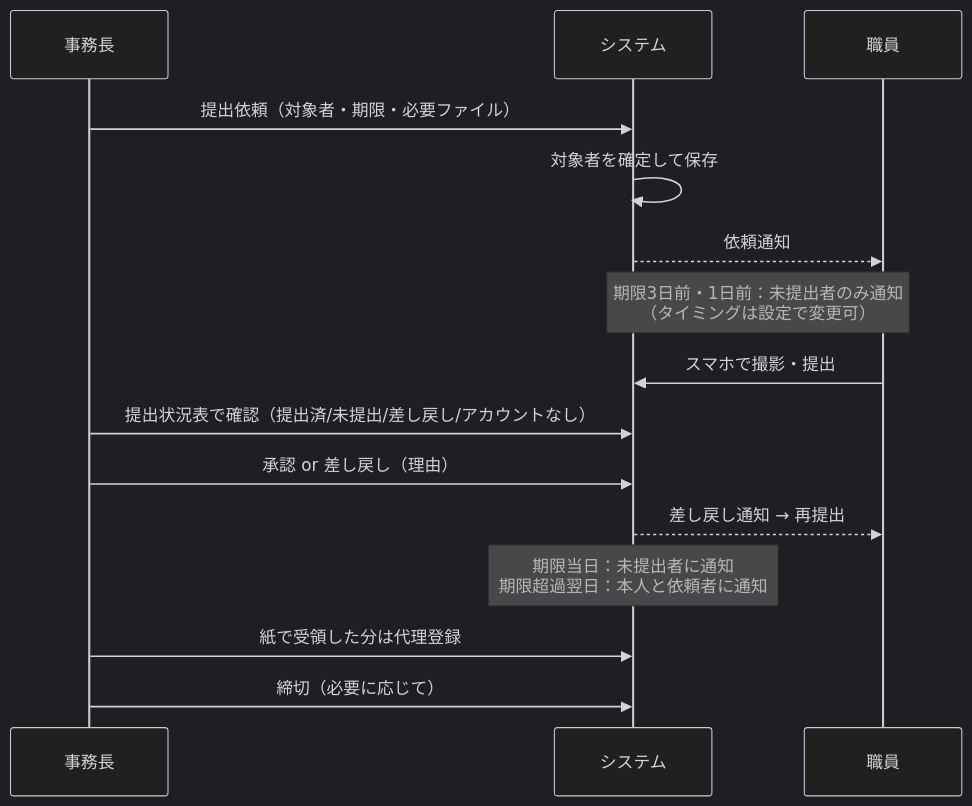
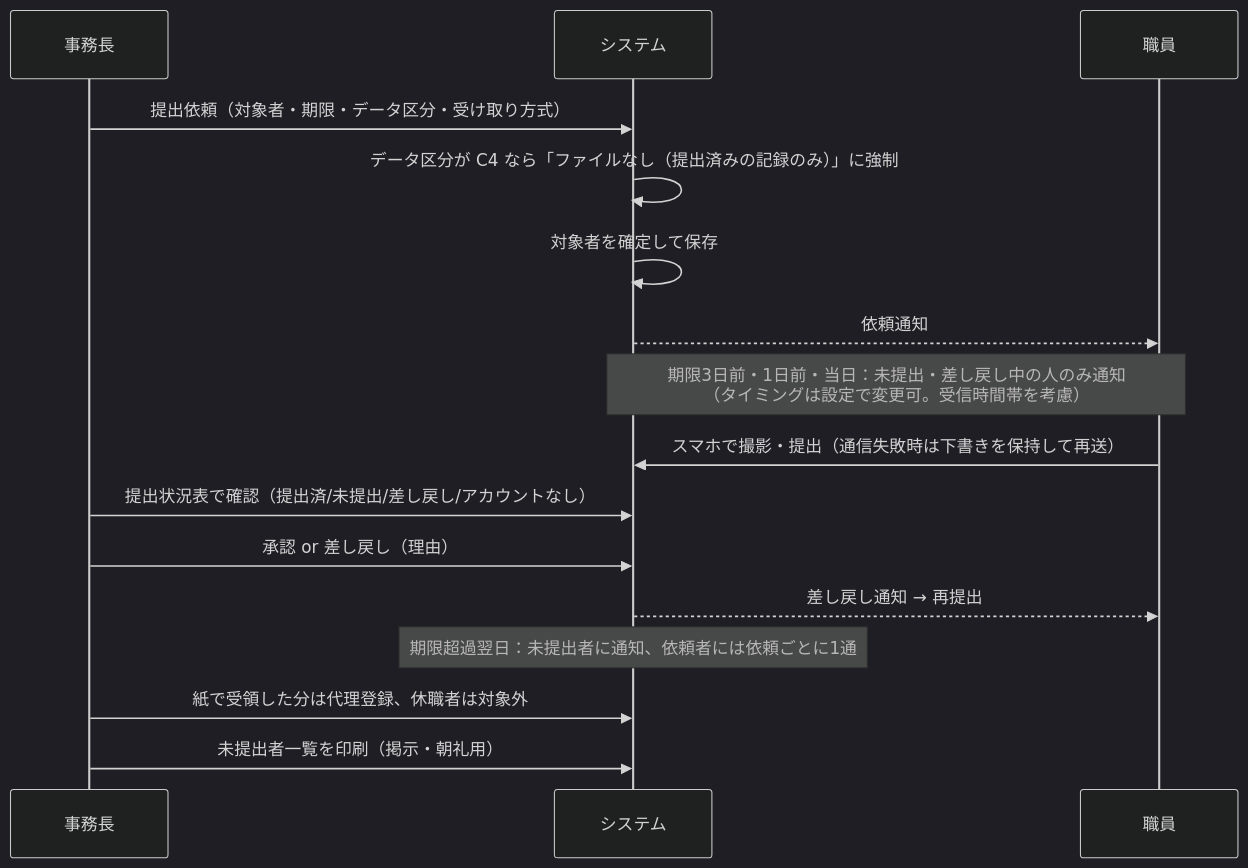
The fourth of 11 diagrams in ai-facility-partner/docs/product/user-flows.md (mao726/company), drawn with Mermaid (dark theme) before and after one commit. The commit also changed other lines of this file and 22 other files, not shown here.

````diff
--- a/ai-facility-partner/docs/product/user-flows.md
+++ b/ai-facility-partner/docs/product/user-flows.md
@@ -55,17 +62,18 @@
 ```mermaid
 sequenceDiagram
   participant A as 事務長
   participant S as システム
   participant St as 職員
-  A->>S: 提出依頼（対象者・期限・必要ファイル）
+  A->>S: 提出依頼（対象者・期限・データ区分・受け取り方式）
+  S->>S: データ区分が C4 なら「ファイルなし（提出済みの記録のみ）」に強制
   S->>S: 対象者を確定して保存
   S-->>St: 依頼通知
-  Note over S,St: 期限3日前・1日前：未提出者のみ通知<br/>（タイミングは設定で変更可）
-  St->>S: スマホで撮影・提出
+  Note over S,St: 期限3日前・1日前・当日：未提出・差し戻し中の人のみ通知<br/>（タイミングは設定で変更可。受信時間帯を考慮）
+  St->>S: スマホで撮影・提出（通信失敗時は下書きを保持して再送）
   A->>S: 提出状況表で確認（提出済/未提出/差し戻し/アカウントなし）
   A->>S: 承認 or 差し戻し（理由）
   S-->>St: 差し戻し通知 → 再提出
-  Note over S: 期限当日：未提出者に通知<br/>期限超過翌日：本人と依頼者に通知
-  A->>S: 紙で受領した分は代理登録
-  A->>S: 締切（必要に応じて）
+  Note over S: 期限超過翌日：未提出者に通知、依頼者には依頼ごとに1通
+  A->>S: 紙で受領した分は代理登録、休職者は対象外
+  A->>S: 未提出者一覧を印刷（掲示・朝礼用）
 ```
````
